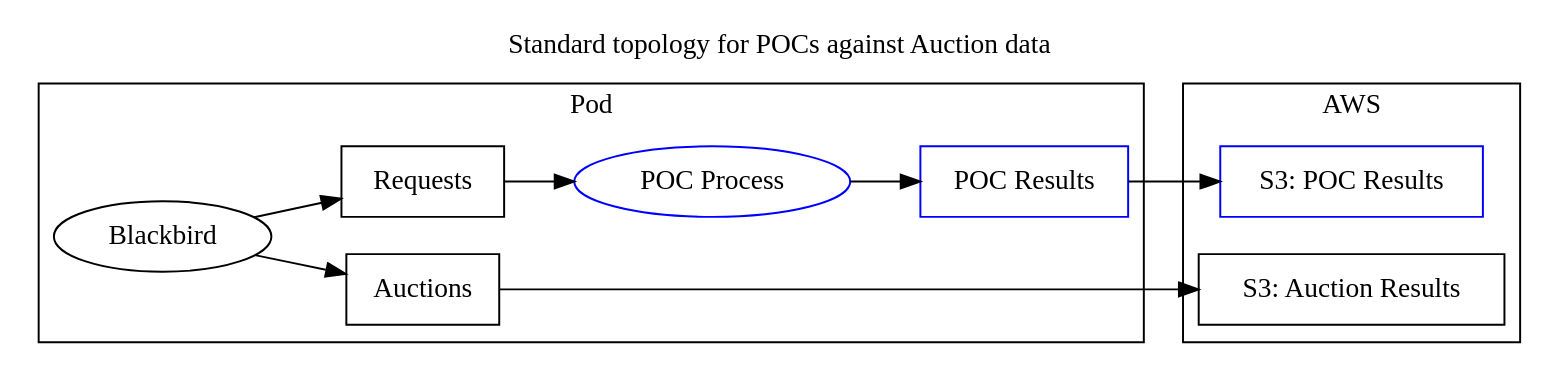
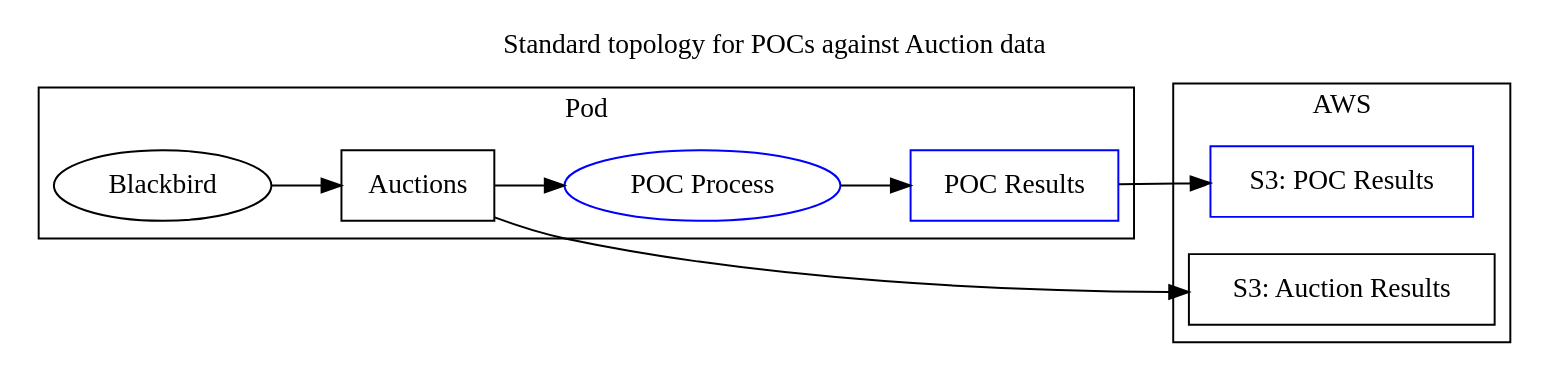
The diagram in kafka/1-overview/auction-poc.dot (sriggin/presentations), drawn with Graphviz before and after one commit. The commit also changed 1 other file, not shown here.

Commit message:
Simplifying Auction POC diagram for clarity

```diff
--- a/kafka/1-overview/auction-poc.dot
+++ b/kafka/1-overview/auction-poc.dot
@@ -1,30 +1,29 @@
 strict digraph "Auction POC" {
     label = "Standard topology for POCs against Auction data";
     labelloc = "top";
     rankdir = "LR";
 
     bb [label="Blackbird"]
-    req [label="Requests",shape=record]
     auc [label="Auctions",shape=record]
     poc [label="POC Process",color=blue]
     poc_res [label="POC Results",shape=record,color=blue]
     s3_auc [label="S3: Auction Results",shape=record]
     s3_poc_res [label="S3: POC Results",shape=record,color=blue]
-    
+
     subgraph cluster_pod {
         label = "Pod";
 
-        {rank=same req auc}
-        bb -> {req auc}
-        req -> poc -> poc_res
+        {rank=same auc}
+        bb -> auc
+        auc -> poc -> poc_res
     }
 
     subgraph cluster_aws {
         label = "AWS";
 
         {rank=same s3_auc s3_poc_res}
 
         auc -> s3_auc
         poc_res -> s3_poc_res
     }
 }
```
